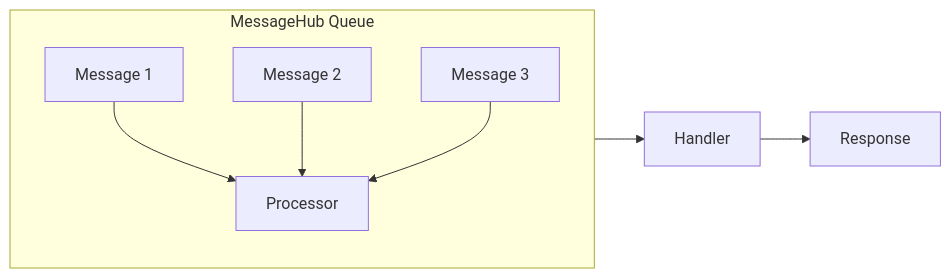
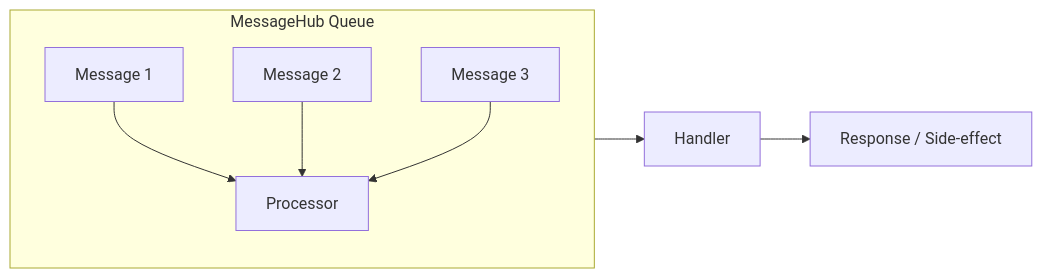
The first of 2 diagrams in src/MeshWeaver.Documentation/Data/Architecture/ActorModel.md (Systemorph/MeshWeaver), drawn with Mermaid before and after one commit. The commit also changed other lines of this file and 111 other files, not shown here.

````diff
--- a/src/MeshWeaver.Documentation/Data/Architecture/ActorModel.md
+++ b/src/MeshWeaver.Documentation/Data/Architecture/ActorModel.md
@@ -14,11 +16,11 @@
 ```mermaid
 flowchart LR
     subgraph Hub["MessageHub Queue"]
         direction TB
         Q1[Message 1] --> P[Processor]
         Q2[Message 2] --> P
         Q3[Message 3] --> P
     end
     P --> H[Handler]
-    H --> R[Response]
+    H --> R[Response / Side-effect]
 ```
````
